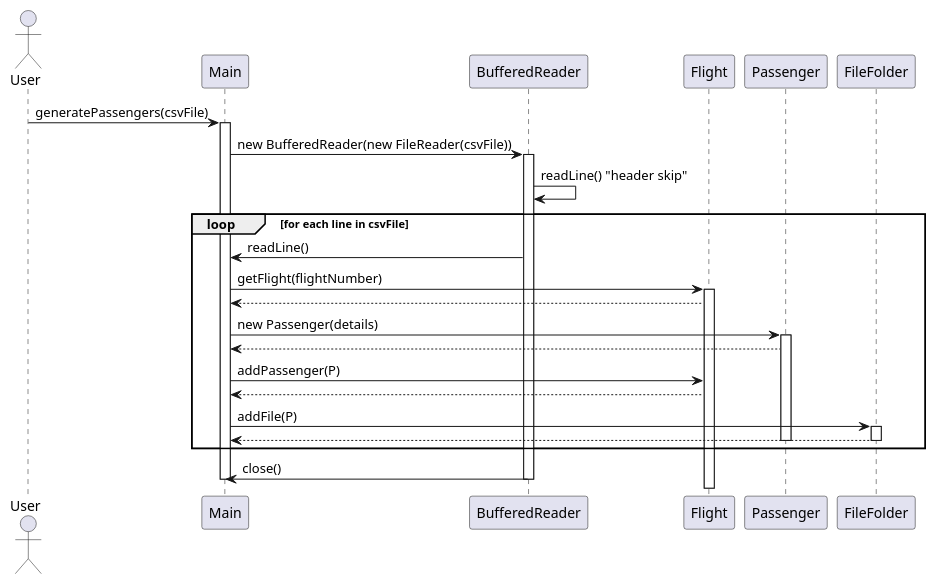
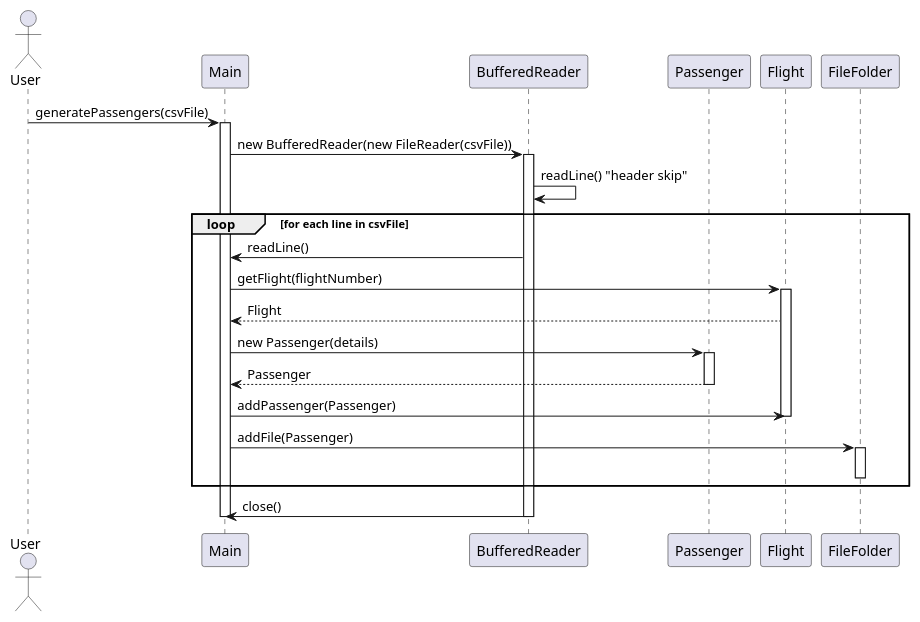
One commit to brandon-toews/JavaProject changed the diagram in diagrams/MainSeq_GenPass.puml. Above: the diagram before and after it, drawn with PlantUML. The commit also changed 15 other files, not shown here.

Commit message:
finished diagrams

```diff
--- a/diagrams/MainSeq_GenPass.puml
+++ b/diagrams/MainSeq_GenPass.puml
@@ -1,34 +1,33 @@
 @startuml
 actor User
 participant "Main" as M
 participant "BufferedReader" as BR
+participant "Passenger" as P
 participant "Flight" as F
-participant "Passenger" as P
 participant "FileFolder" as FF
 
 User -> M : generatePassengers(csvFile)
 activate M
 
 M -> BR : new BufferedReader(new FileReader(csvFile))
 activate BR
 BR -> BR : readLine() "header skip"
 loop for each line in csvFile
     BR -> M : readLine()
     M -> F : getFlight(flightNumber)
     activate F
-    F --> M
+    F --> M : Flight
     M -> P : new Passenger(details)
     activate P
-    P --> M
-    M -> F : addPassenger(P)
-    F --> M
-    M -> FF : addFile(P)
+    P --> M : Passenger
+    deactivate P
+    M -> F : addPassenger(Passenger)
+    deactivate F
+    M -> FF : addFile(Passenger)
     activate FF
-    FF --> M
     deactivate FF
-    deactivate P
 end
 BR -> M : close()
 deactivate BR
 deactivate M
 @enduml
```
